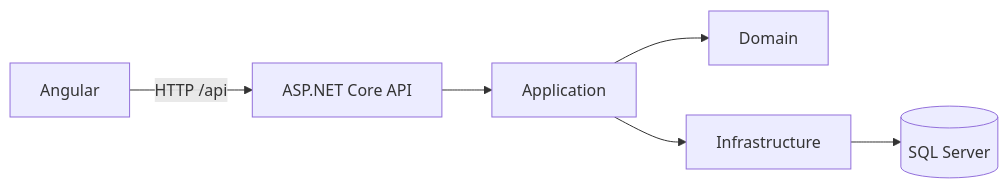
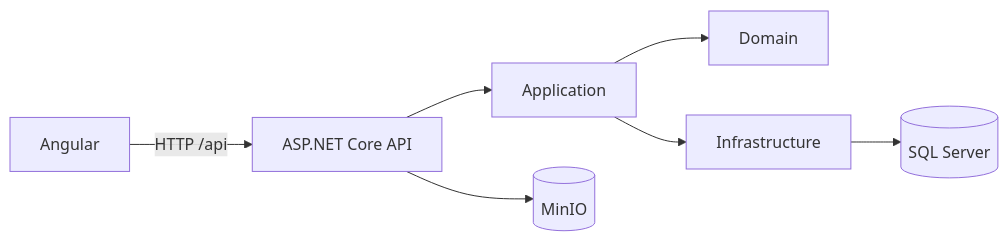
Before and after one commit to jeive-tech-tests/stefanini-desafio-pedidos: the diagram in README.md, drawn with Mermaid. The commit also changed other lines of this file and 34 other files, not shown here.

````diff
--- a/README.md
+++ b/README.md
@@ -35,8 +36,9 @@
 ```mermaid
 flowchart LR
     UI[Angular] -->|HTTP /api| API[ASP.NET Core API]
     API --> APP[Application]
     APP --> DOMAIN[Domain]
     APP --> INFRA[Infrastructure]
     INFRA --> DB[(SQL Server)]
+    API --> MINIO[(MinIO)]
 ```
````
